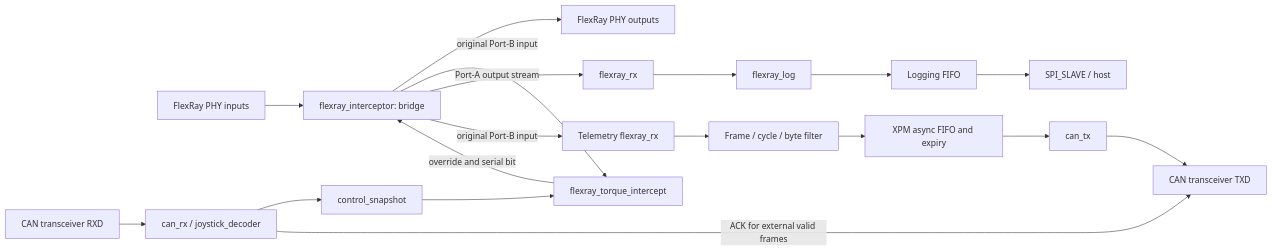
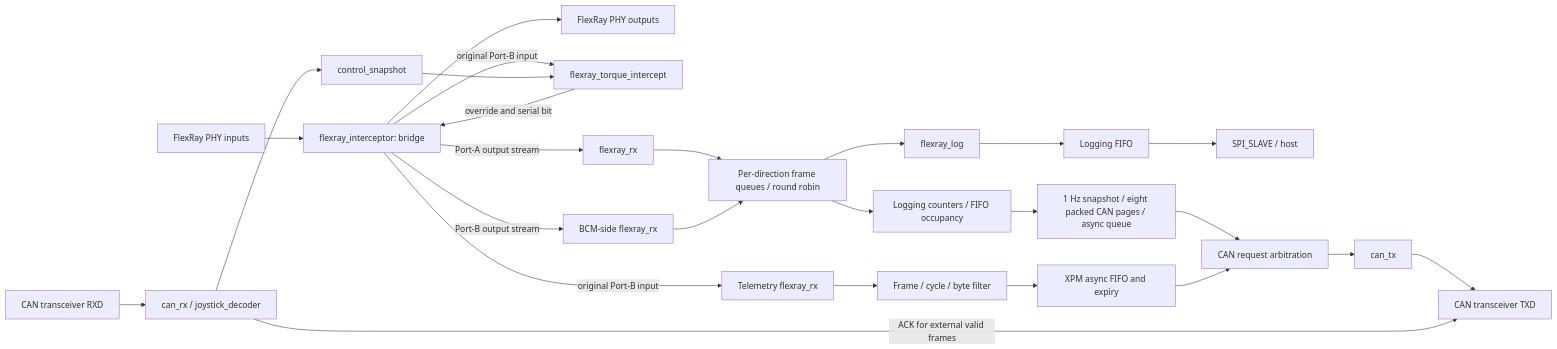
The diagram in README.md (dolson8874/flexray-interceptor), drawn with Mermaid before and after one commit. The commit also changed other lines of this file and 30 other files, not shown here.

````diff
--- a/README.md
+++ b/README.md
@@ -143,20 +143,27 @@
 ```mermaid
 flowchart LR
   FR[FlexRay PHY inputs] --> Bridge[flexray_interceptor: bridge]
   Bridge --> Out[FlexRay PHY outputs]
   Bridge -->|original Port-B input| Modify[flexray_torque_intercept]
   Modify -->|override and serial bit| Bridge
   Bridge -->|Port-A output stream| LogRX[flexray_rx]
-  LogRX --> Log[flexray_log]
+  Bridge -->|Port-B output stream| BCMRX[BCM-side flexray_rx]
+  LogRX --> Dispatch[Per-direction frame queues / round robin]
+  BCMRX --> Dispatch
+  Dispatch --> Log[flexray_log]
   Log --> LogFIFO[Logging FIFO]
   LogFIFO --> SPI[SPI_SLAVE / host]
   CANRX[CAN transceiver RXD] --> Decoder[can_rx / joystick_decoder]
   Decoder --> Mailbox[control_snapshot]
   Mailbox --> Modify
   Bridge -->|original Port-B input| Observe[Telemetry flexray_rx]
   Observe --> Select[Frame / cycle / byte filter]
   Select --> Queue[XPM async FIFO and expiry]
-  Queue --> CANTX[can_tx]
+  Dispatch --> Stats[Logging counters / FIFO occupancy]
+  Stats --> Diag[1 Hz snapshot / eight packed CAN pages / async queue]
+  Diag --> Mux[CAN request arbitration]
+  Queue --> Mux
+  Mux --> CANTX[can_tx]
   CANTX --> CANTXD[CAN transceiver TXD]
   Decoder -->|ACK for external valid frames| CANTXD
 ```
````
